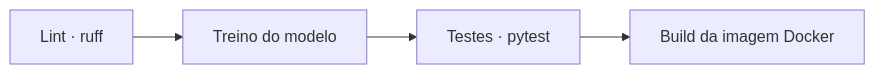
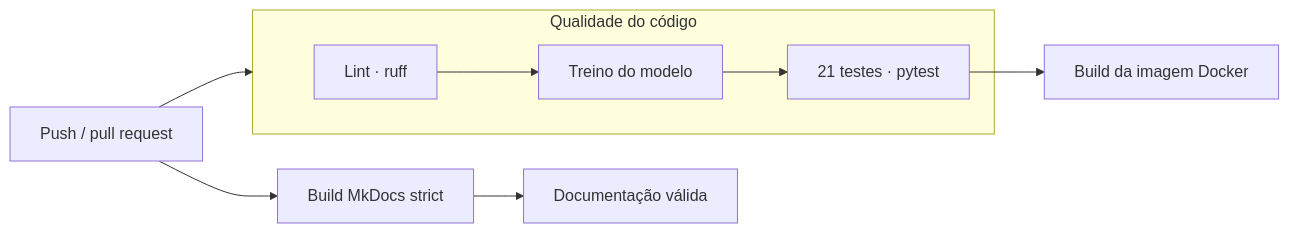
Before and after one commit to lcsgborges/churn-predictor: the second of 3 diagrams in docs/arquitetura.md, drawn with Mermaid. The commit also changed other lines of this file and 10 other files, not shown here.

````diff
--- a/docs/arquitetura.md
+++ b/docs/arquitetura.md
@@ -95,4 +97,12 @@
 ```mermaid
 flowchart LR
-    L[Lint · ruff] --> T[Treino do modelo] --> P[Testes · pytest] --> D[Build da imagem Docker]
+    PUSH[Push / pull request] --> TEST
+    PUSH --> DOCS
+
+    subgraph TEST[Qualidade do código]
+        L[Lint · ruff] --> T[Treino do modelo] --> P[21 testes · pytest]
+    end
+
+    P --> D[Build da imagem Docker]
+    DOCS[Build MkDocs strict] --> OK[Documentação válida]
 ```
````
